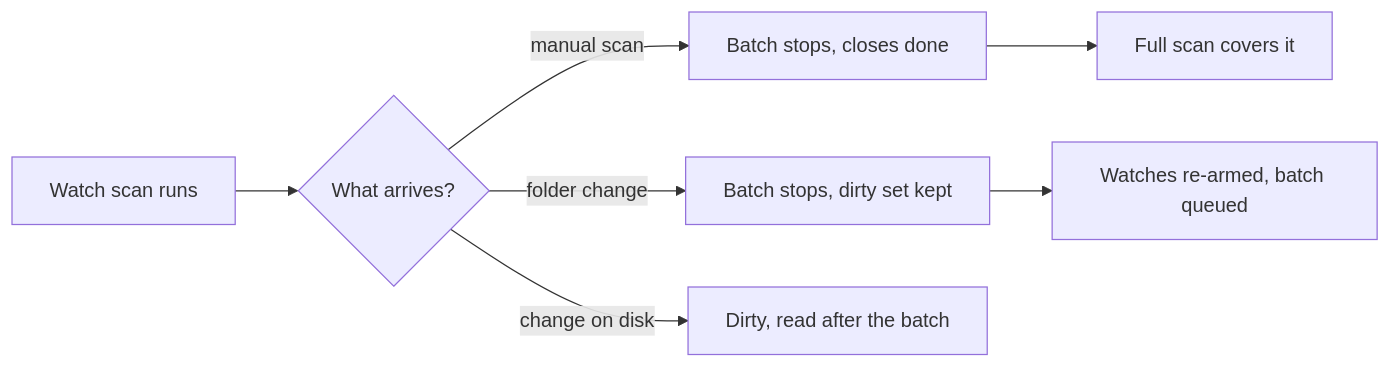
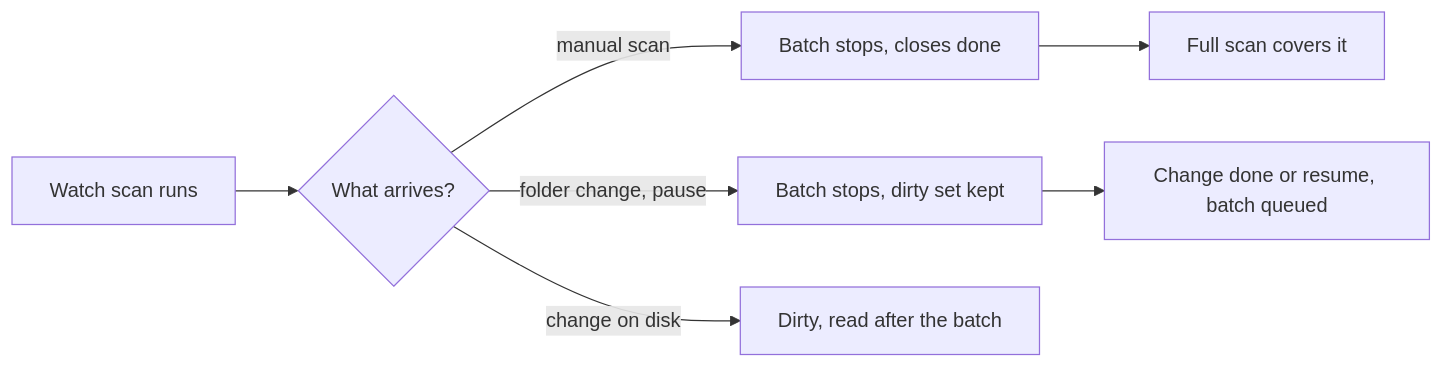
Before and after one commit to syudead/vv: the second of 2 diagrams in docs/design-docs/folder-watching.md, drawn with Mermaid. The commit also changed other lines of this file and 7 other files, not shown here.

````diff
--- a/docs/design-docs/folder-watching.md
+++ b/docs/design-docs/folder-watching.md
@@ -61,9 +61,9 @@
 ```mermaid
 flowchart LR
   batch[Watch scan runs] --> m{What arrives?}
   m -->|manual scan| stop[Batch stops, closes done]
-  m -->|folder change| stop2[Batch stops, dirty set kept]
+  m -->|folder change, pause| stop2[Batch stops, dirty set kept]
   stop --> full[Full scan covers it]
-  stop2 --> rearm[Watches re-armed, batch queued]
+  stop2 --> rearm[Change done or resume, batch queued]
   m -->|change on disk| later[Dirty, read after the batch]
 ```
````
